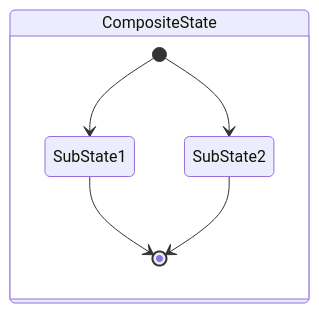
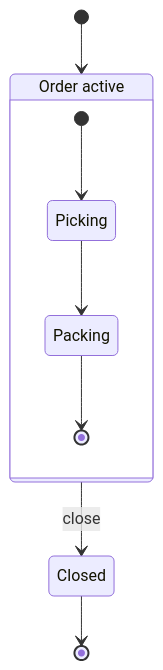
The third of 13 diagrams in skills/diagrammer/specs/mermaid/stateDiagram.md (hgrabows/diagrammer-skills), drawn with Mermaid before and after one commit. The commit also changed other lines of this file and 127 other files, not shown here.

First line of the commit message:
feat: audit all specs, add example gallery, fix PlantUML and Gantt rendering

````diff
--- a/skills/diagrammer/specs/mermaid/stateDiagram.md
+++ b/skills/diagrammer/specs/mermaid/stateDiagram.md
@@ -79,9 +63,13 @@
 ```mermaid
-stateDiagram
-    state CompositeState {
-        [*] --> SubState1
-        SubState1 --> [*]
-        [*] --> SubState2
-        SubState2 --> [*]
+stateDiagram-v2
+    [*] --> Active
+    Active --> Closed : close
+    Closed --> [*]
+
+    Active : Order active
+    state Active {
+        [*] --> Picking
+        Picking --> Packing
+        Packing --> [*]
     }
 ```
````
